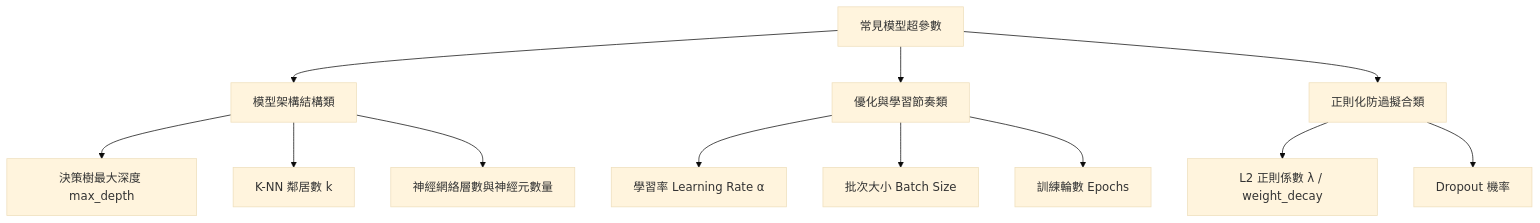
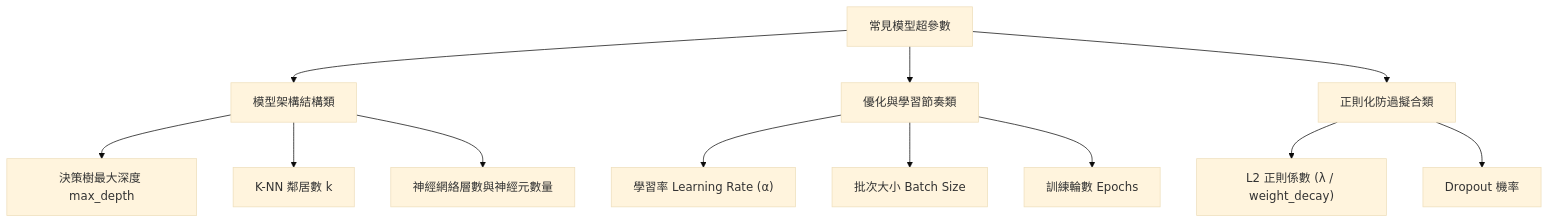
Before and after one commit to roberthsu2003/machine_learning: the diagram in 名詞解釋/05_模型參數/README.md, drawn with Mermaid (base theme). The commit also changed 5 other files, not shown here.

````diff
--- a/名詞解釋/05_模型參數/README.md
+++ b/名詞解釋/05_模型參數/README.md
@@ -57,17 +57,17 @@
 ```mermaid
-graph TD
-    HP[常見模型超參數] --> Structure[模型架構結構類]
-    HP --> Optimization[優化與學習節奏類]
-    HP --> Regularization[正則化防過擬合類]
+flowchart TD
+    HP["常見模型超參數"] --> Structure["模型架構結構類"]
+    HP --> Optimization["優化與學習節奏類"]
+    HP --> Regularization["正則化防過擬合類"]
     
-    Structure --> S1[決策樹最大深度 max_depth]
-    Structure --> S2[K-NN 鄰居數 k]
-    Structure --> S3[神經網絡層數與神經元數量]
+    Structure --> S1["決策樹最大深度 max_depth"]
+    Structure --> S2["K-NN 鄰居數 k"]
+    Structure --> S3["神經網絡層數與神經元數量"]
     
-    Optimization --> O1[學習率 Learning Rate α]
-    Optimization --> O2[批次大小 Batch Size]
-    Optimization --> O3[訓練輪數 Epochs]
+    Optimization --> O1["學習率 Learning Rate (α)"]
+    Optimization --> O2["批次大小 Batch Size"]
+    Optimization --> O3["訓練輪數 Epochs"]
     
-    Regularization --> R1[L2 正則係數 λ / weight_decay]
-    Regularization --> R2[Dropout 機率]
+    Regularization --> R1["L2 正則係數 (λ / weight_decay)"]
+    Regularization --> R2["Dropout 機率"]
 ```
````
